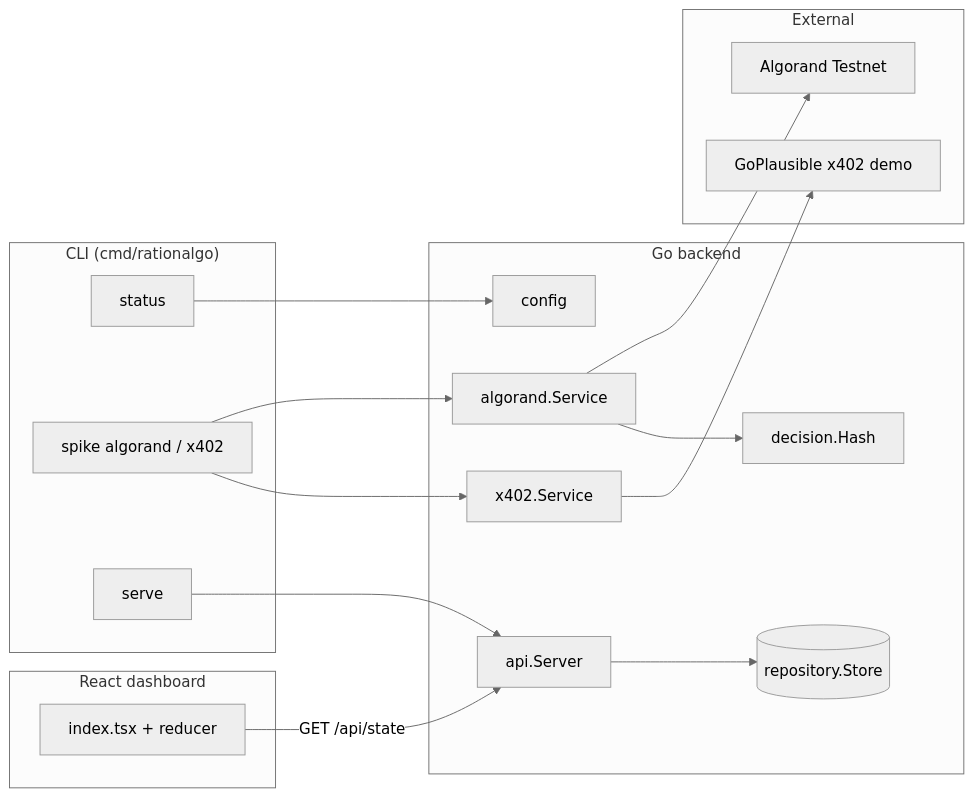
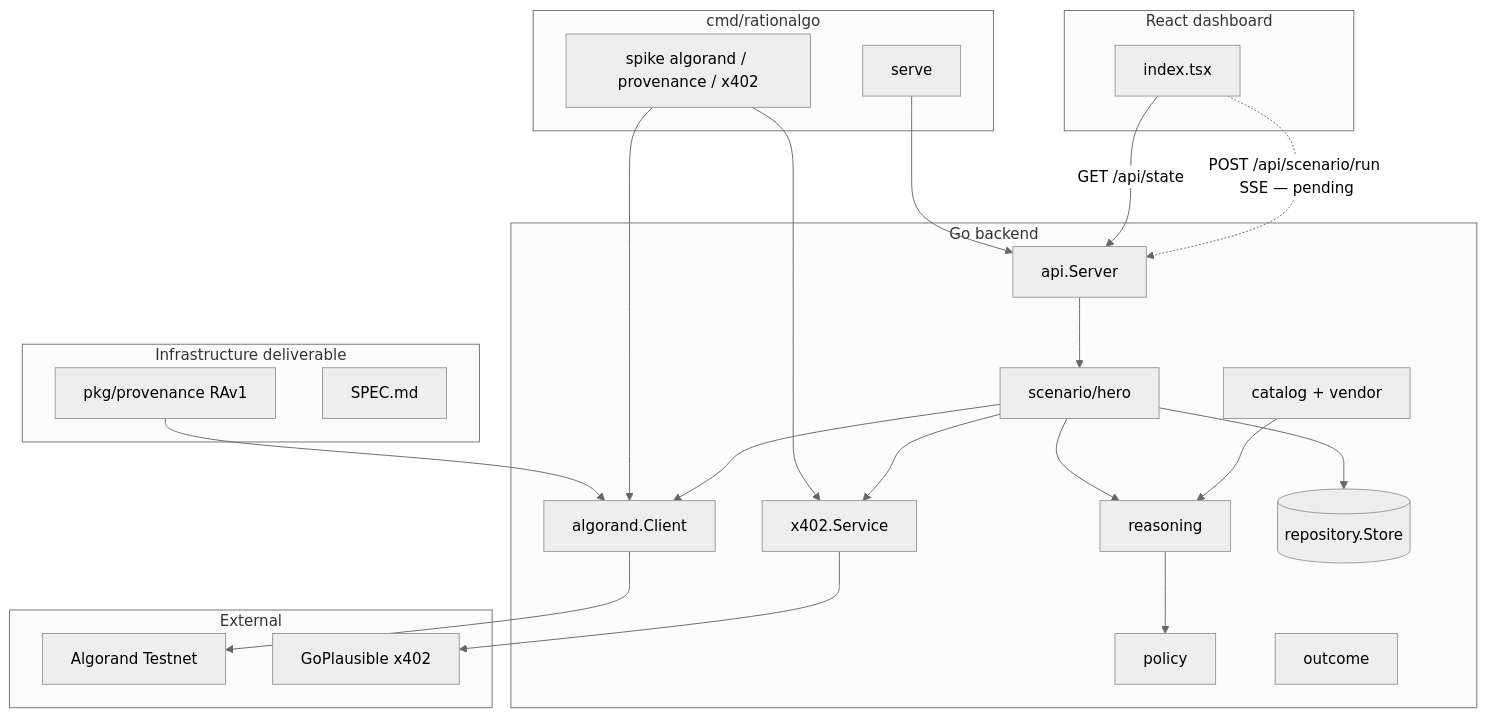
The diagram in README.md (justKMM/rationalgo), drawn with Mermaid (neutral theme) before and after one commit. The commit also changed other lines of this file, not shown here.

````diff
--- a/README.md
+++ b/README.md
@@ -51,33 +70,45 @@
 ```mermaid
-flowchart LR
-    subgraph CLI["CLI (cmd/rationalgo)"]
-        STATUS[status]
-        SPIKE[spike algorand / x402]
+flowchart TB
+    subgraph Infra["Infrastructure deliverable"]
+        RAv1[pkg/provenance RAv1]
+        SPEC[SPEC.md]
+    end
+
+    subgraph CLI["cmd/rationalgo"]
+        SPIKE[spike algorand / provenance / x402]
         SERVE[serve]
     end
 
     subgraph Backend["Go backend"]
-        CFG[config]
-        DEC[decision.Hash]
-        ALG[algorand.Service]
+        CAT[catalog + vendor]
+        REASON[reasoning]
+        POL[policy]
+        OUT[outcome]
+        SCEN[scenario/hero]
+        ALG[algorand.Client]
         X402[x402.Service]
         API[api.Server]
-        REPO[(repository.Store)]
+        STORE[(repository.Store)]
     end
 
-    subgraph Chain["External"]
+    subgraph External["External"]
         TN[Algorand Testnet]
-        GP[GoPlausible x402 demo]
+        GP[GoPlausible x402]
     end
 
     subgraph UI["React dashboard"]
-        FE[index.tsx + reducer]
+        FE[index.tsx]
     end
 
-    STATUS --> CFG
+    RAv1 --> ALG
     SPIKE --> ALG --> TN
     SPIKE --> X402 --> GP
-    ALG --> DEC
-    SERVE --> API --> REPO
+    SERVE --> API --> SCEN
+    SCEN --> REASON --> POL
+    SCEN --> ALG
+    SCEN --> X402
+    SCEN --> STORE
+    CAT --> REASON
     FE -->|GET /api/state| API
+    FE -.->|POST /api/scenario/run SSE — pending| API
 ```
````
